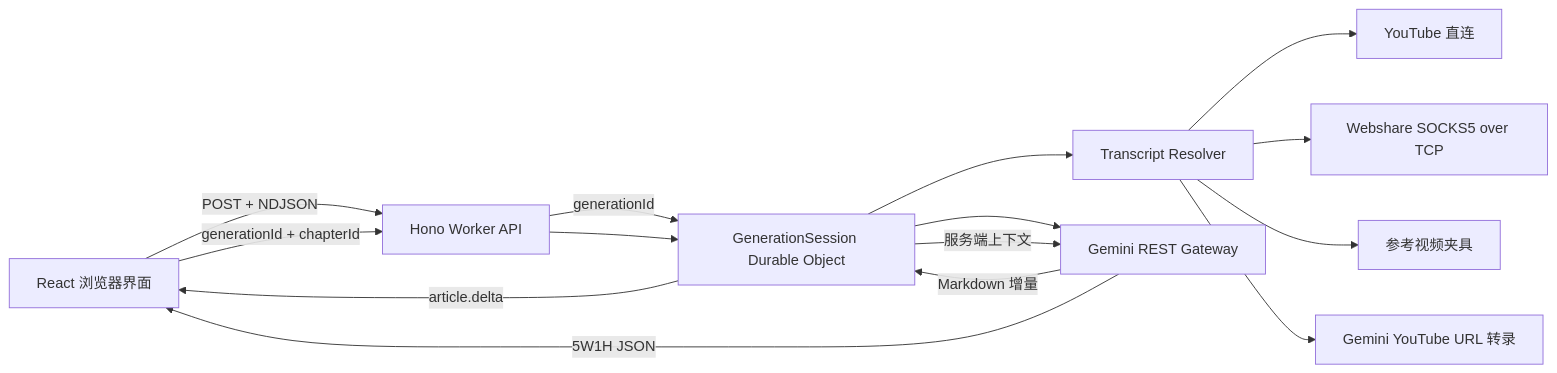
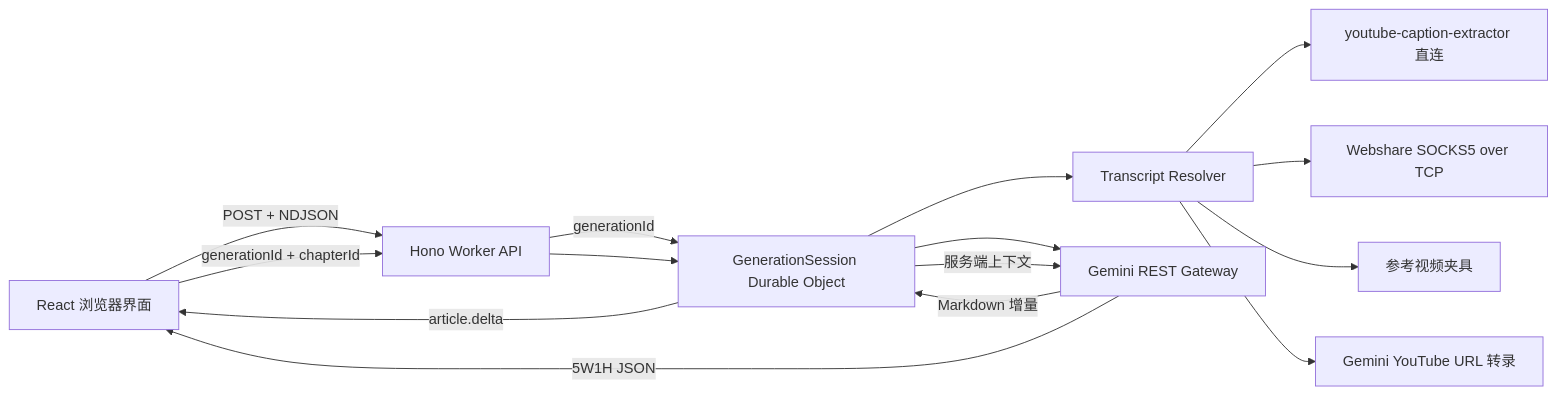
The diagram in docs/ARCHITECTURE.md (jay88159/youtube-dialogue-studio), drawn with Mermaid before and after one commit. The commit also changed other lines of this file and 24 other files, not shown here.

````diff
--- a/docs/ARCHITECTURE.md
+++ b/docs/ARCHITECTURE.md
@@ -35,17 +35,17 @@
 ```mermaid
 flowchart LR
     Browser[React 浏览器界面] -->|POST + NDJSON| API[Hono Worker API]
     API -->|generationId| Session[GenerationSession Durable Object]
     Session --> Transcript[Transcript Resolver]
-    Transcript --> Direct[YouTube 直连]
+    Transcript --> Direct[youtube-caption-extractor 直连]
     Transcript --> Proxy[Webshare SOCKS5 over TCP]
     Transcript --> Fixture[参考视频夹具]
     Transcript --> Video[Gemini YouTube URL 转录]
     Session --> Gemini[Gemini REST Gateway]
     Gemini -->|Markdown 增量| Session
     Session -->|article.delta| Browser
     Browser -->|generationId + chapterId| API
     API --> Session
     Session -->|服务端上下文| Gemini
     Gemini -->|5W1H JSON| Browser
 ```
````
